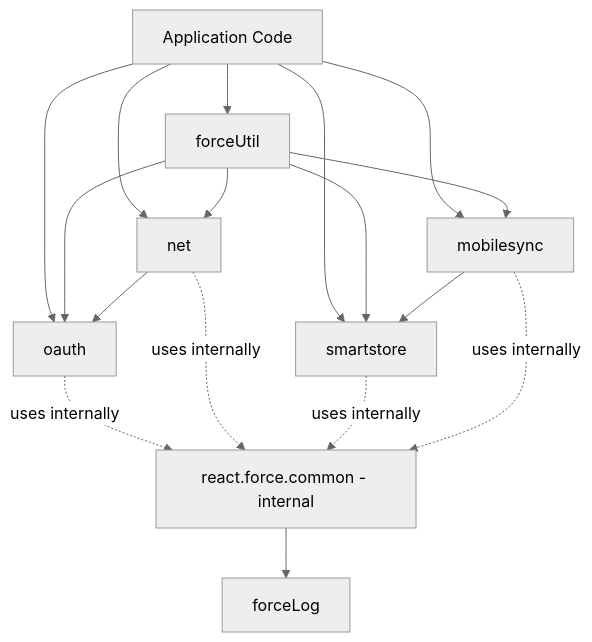
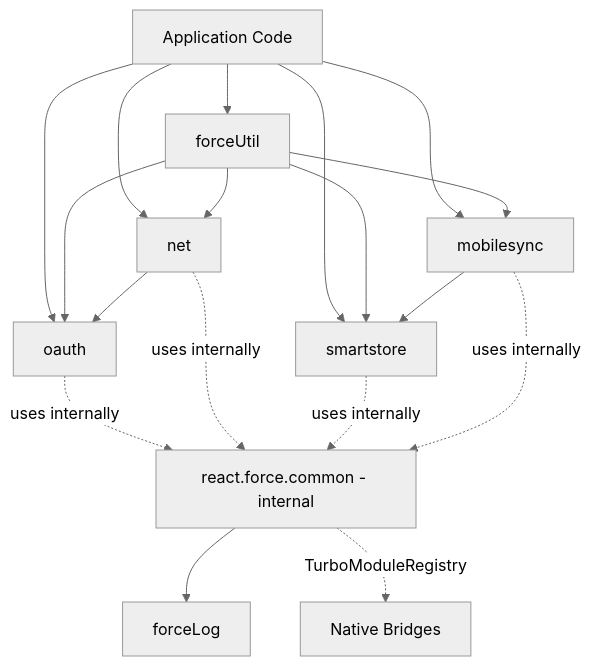
One commit to forcedotcom/SalesforceMobileSDK-ReactNative changed the diagram in docs/javascript/README.md. Above: the diagram before and after it, drawn with Mermaid (neutral theme). The commit also changed other lines of this file and 12 other files, not shown here.

First line of the commit message:
Update documentation for SDK 14.0 architecture

````diff
--- a/docs/javascript/README.md
+++ b/docs/javascript/README.md
@@ -35,23 +35,24 @@
 ```mermaid
 graph TB
     A[Application Code] --> B[oauth]
     A --> C[net]
     A --> D[smartstore]
     A --> E[mobilesync]
     A --> F[forceUtil]
     
     B -.uses internally.-> G[react.force.common - internal]
     C -.uses internally.-> G
     D -.uses internally.-> G
     E -.uses internally.-> G
 
     G --> H[forceLog]
+    G -.TurboModuleRegistry.-> I[Native Bridges]
 
     F --> B
     F --> C
     F --> D
     F --> E
 
     E --> D
     C --> B
 ```
````
